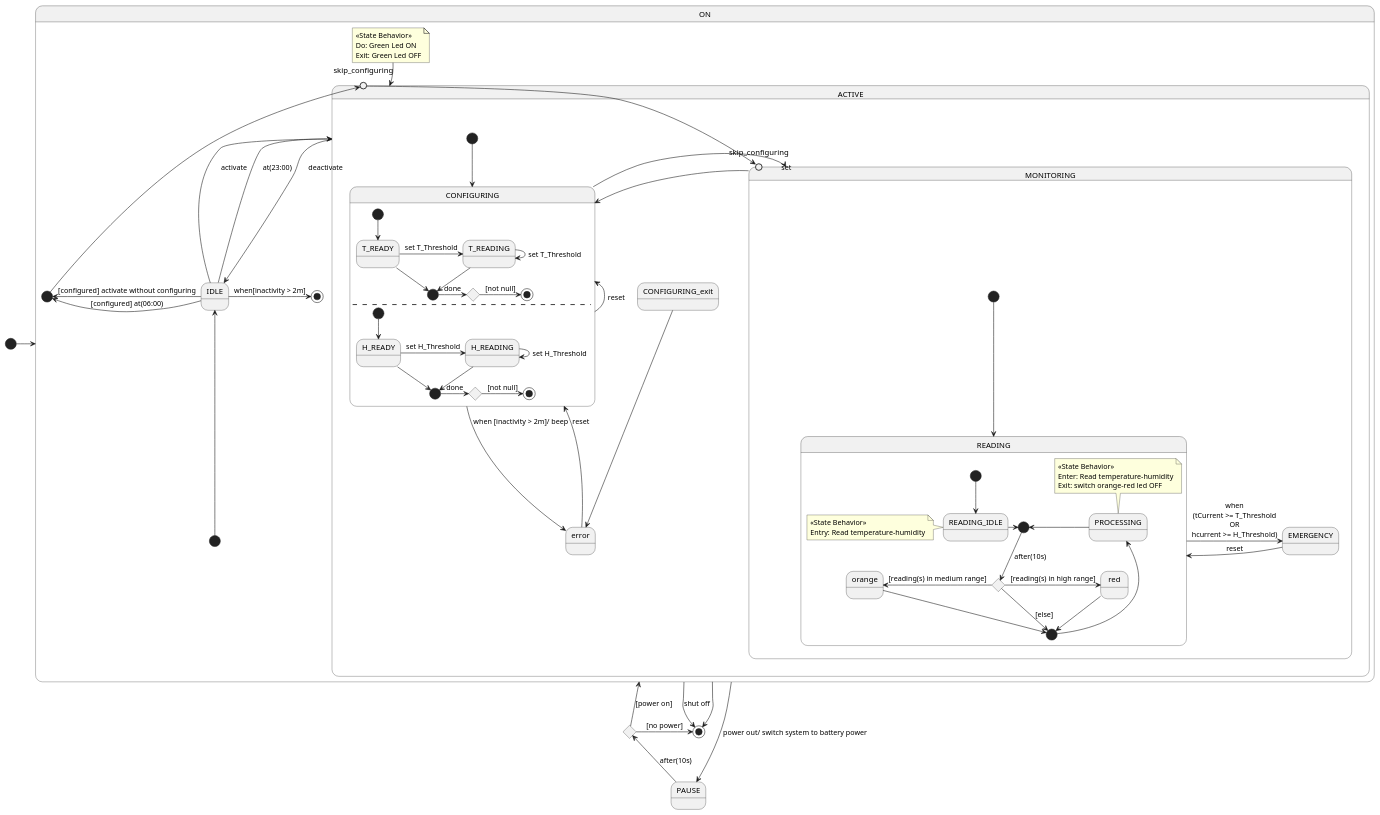
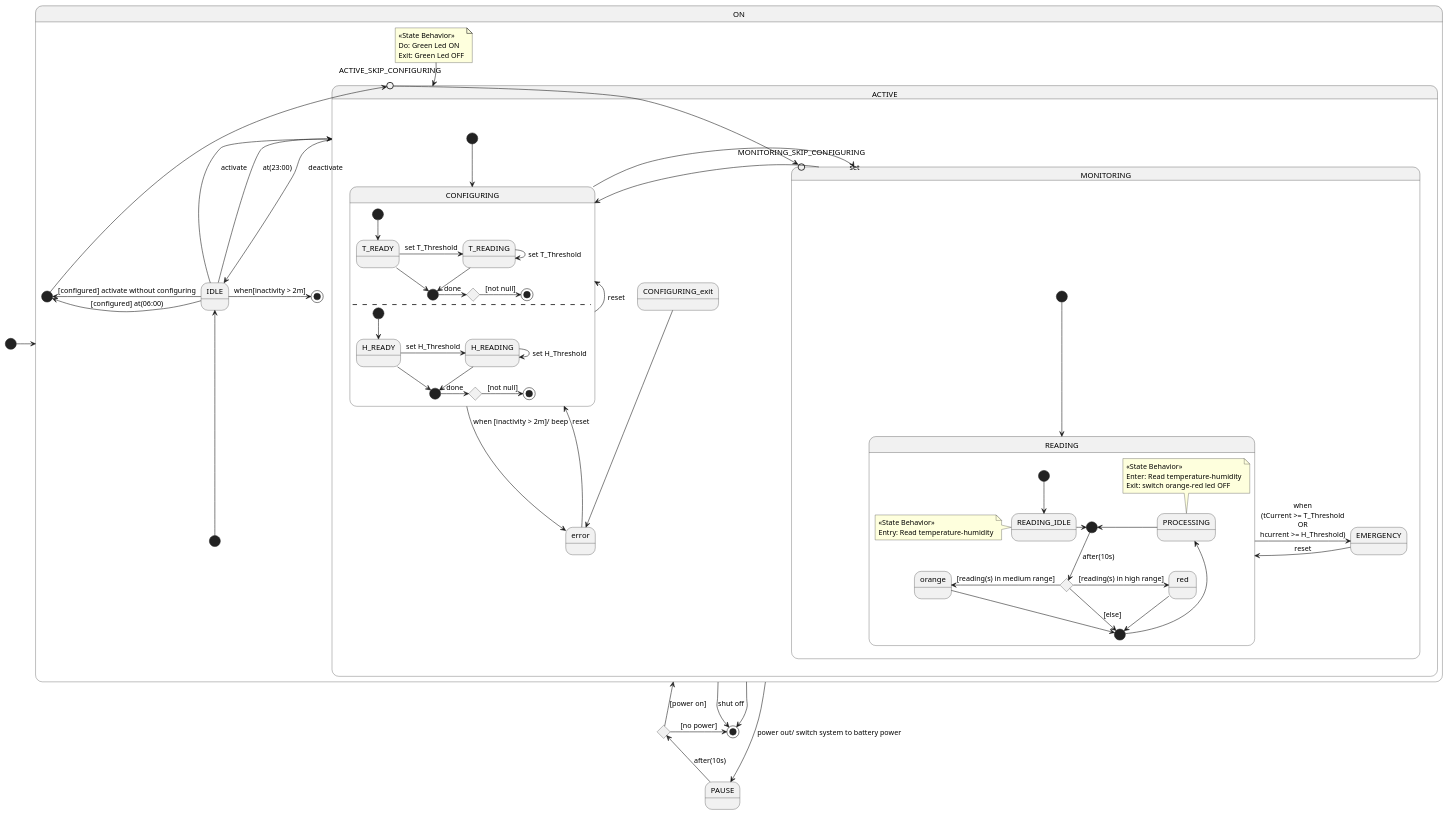
Before and after one commit to sfhelmet/Converter: the diagram in resources/PUML/temp_hum.puml, drawn with PlantUML.

Commit message:
update puml model

```diff
--- a/resources/PUML/temp_hum.puml
+++ b/resources/PUML/temp_hum.puml
@@ -1,96 +1,96 @@
 @startuml "Temperature and Humidity Detector"
 state ON {
     note "<<State Behavior>>\nDo: Green Led ON\nExit: Green Led OFF" as N_ACTIVE
     state IDLE
     state ACTIVE {
         state error
-        state "skip_configuring" as ACTIVE_entry <<entryPoint>>
+        state ACTIVE_SKIP_CONFIGURING <<entryPoint>>
         state CONFIGURING {
             state T_READY
             state T_READING
             state j4 <<start>>
             state c3 <<choice>>
 
             [*] --> T_READY
             T_READY -> T_READING: set T_Threshold
             T_READY --> j4
             T_READING -> T_READING: set T_Threshold
             T_READING --> j4
             j4 -> c3: done
             c3 -> [*]: [not null]
             --
             state H_READY
             state H_READING
             state j5 <<start>>
             state c4 <<choice>>
 
             [*] --> H_READY
             H_READY -> H_READING: set H_Threshold
             H_READY --> j5
             H_READING -> H_READING: set H_Threshold
             H_READING --> j5
             j5 -> c4: done
             c4 -> [*]: [not null]
         }
+        ' ACTIVE: <<State Behavior>>\nDo: Green Led ON\nExit: Green Led OFF
         state MONITORING {
-            state "skip_configuring" as MONITORING_entry <<entryPoint>>
+            state MONITORING_SKIP_CONFIGURING <<entryPoint>>
             state READING {
                 note "<<State Behavior>>\nEntry: Read temperature-humidity" AS N_READING_IDLE
                 note "<<State Behavior>>\nEnter: Read temperature-humidity\nExit: switch orange-red led OFF" AS N_PROCESSING
                 state j2 <<start>>
                 state j3 <<start>>
                 state c2 <<choice>>
                 state READING_IDLE
                 state PROCESSING
 
                 [*] --> READING_IDLE
                 READING_IDLE -> j2
                 PROCESSING -l-> j2
                 j2 --> c2: after(10s)
                 c2 --> j3: [else]
                 c2 -l-> orange: [reading(s) in medium range]
                 c2 -> red: [reading(s) in high range]
                 orange --> j3
                 red --> j3
                 j3 -u-> PROCESSING
                 N_READING_IDLE -> READING_IDLE
                 N_PROCESSING --> PROCESSING
             }
             state EMERGENCY
             [*] --> READING
             READING -> EMERGENCY : when\n(tCurrent >= T_Threshold\nOR\nhcurrent >= H_Threshold)
             EMERGENCY -l-> READING : reset
         }
-
         CONFIGURING_exit --> error
-        ACTIVE_entry --> MONITORING_entry
+        ACTIVE_SKIP_CONFIGURING --> MONITORING_SKIP_CONFIGURING
         CONFIGURING --> error: when [inactivity > 2m]/ beep
         error -u-> CONFIGURING: reset
         [*] --> CONFIGURING
         CONFIGURING -l-> CONFIGURING: reset
         CONFIGURING -l-> MONITORING
         MONITORING -> CONFIGURING: set
     }
     state j1 <<start>>
 
     N_ACTIVE --> ACTIVE
     [*] -u-> IDLE
     IDLE -l-> j1 : [configured] activate without configuring
     IDLE -l-> j1 : [configured] at(06:00)
     IDLE -u-> ACTIVE : activate
     IDLE -u-> ACTIVE : at(23:00)
     ACTIVE --> IDLE : deactivate
     IDLE -> [*] : when[inactivity > 2m]
-    j1 -u-> ACTIVE_entry
+    j1 -u-> ACTIVE_SKIP_CONFIGURING
 }   
 state PAUSE
 state c1 <<choice>>
 [*] -> ON
 ON -> [*] : shut off
 ON -> [*]
 ON -l-> PAUSE : power out/ switch system to battery power
 PAUSE -u-> c1 : after(10s)
 c1 -u-> ON : [power on]
 c1 -> [*] : [no power]
 
 @enduml
```
